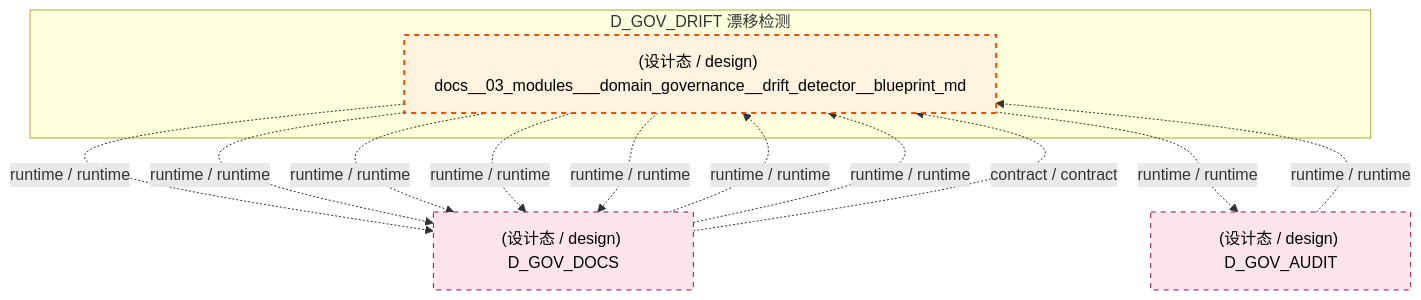
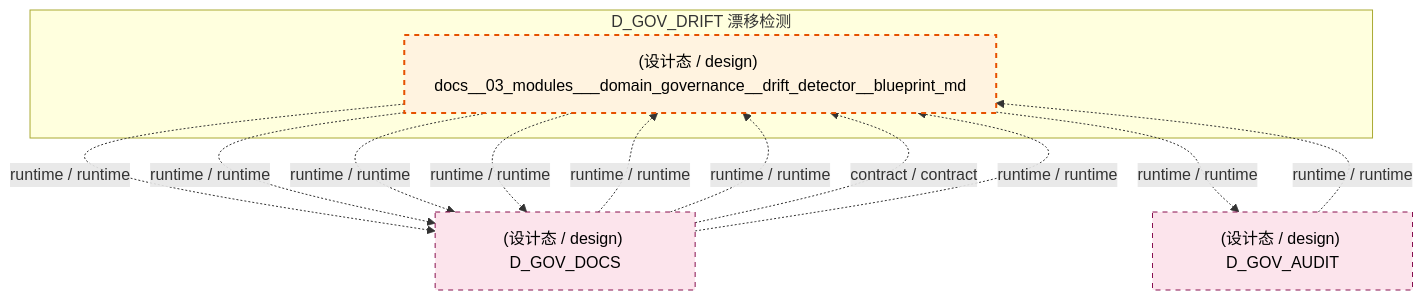
One commit to xuanFelixVan/ZephyrAlpha changed the fifth of 7 diagrams in docs/02_enterprise_architecture/02_domain_architecture_docs/41_d_gov_drift.md. Above: the diagram before and after it, drawn with Mermaid. The commit also changed other lines of this file and 86 other files, not shown here.

````diff
--- a/docs/02_enterprise_architecture/02_domain_architecture_docs/41_d_gov_drift.md
+++ b/docs/02_enterprise_architecture/02_domain_architecture_docs/41_d_gov_drift.md
@@ -535,24 +537,24 @@
 ```mermaid
 graph TD
     subgraph D_GOV_DRIFT["D_GOV_DRIFT 漂移检测"]
         docs_03_modules_domain_governance_drift_detector_blueprint_md["(设计态 / design) docs__03_modules___domain_governance__drift_detector__blueprint_md"]
     end
     D_GOV_DOCS["(设计态 / design) D_GOV_DOCS"]
-    docs_03_modules_domain_governance_drift_detector_blueprint_md -.->|runtime / runtime| D_GOV_DOCS
     docs_03_modules_domain_governance_drift_detector_blueprint_md -.->|runtime / runtime| D_GOV_DOCS
     D_GOV_AUDIT["(设计态 / design) D_GOV_AUDIT"]
     docs_03_modules_domain_governance_drift_detector_blueprint_md -.->|runtime / runtime| D_GOV_AUDIT
     docs_03_modules_domain_governance_drift_detector_blueprint_md -.->|runtime / runtime| D_GOV_DOCS
     docs_03_modules_domain_governance_drift_detector_blueprint_md -.->|runtime / runtime| D_GOV_DOCS
     docs_03_modules_domain_governance_drift_detector_blueprint_md -.->|runtime / runtime| D_GOV_DOCS
     D_GOV_AUDIT -.->|runtime / runtime| docs_03_modules_domain_governance_drift_detector_blueprint_md
     D_GOV_DOCS -.->|runtime / runtime| docs_03_modules_domain_governance_drift_detector_blueprint_md
     D_GOV_DOCS -.->|runtime / runtime| docs_03_modules_domain_governance_drift_detector_blueprint_md
     D_GOV_DOCS -.->|contract / contract| docs_03_modules_domain_governance_drift_detector_blueprint_md
+    D_GOV_DOCS -.->|runtime / runtime| docs_03_modules_domain_governance_drift_detector_blueprint_md
     classDef production fill:#e1f5fe,stroke:#01579b,stroke-width:2px,color:#000
     classDef design fill:#fff3e0,stroke:#e65100,stroke-width:2px,color:#000,stroke-dasharray: 5 5
     classDef external_prod fill:#e8f5e9,stroke:#1b5e20,stroke-width:1px,color:#000
     classDef external_design fill:#fce4ec,stroke:#880e4f,stroke-width:1px,color:#000,stroke-dasharray: 5 5
     class docs_03_modules_domain_governance_drift_detector_blueprint_md design
     class D_GOV_DOCS,D_GOV_AUDIT external_design
 ```
````
